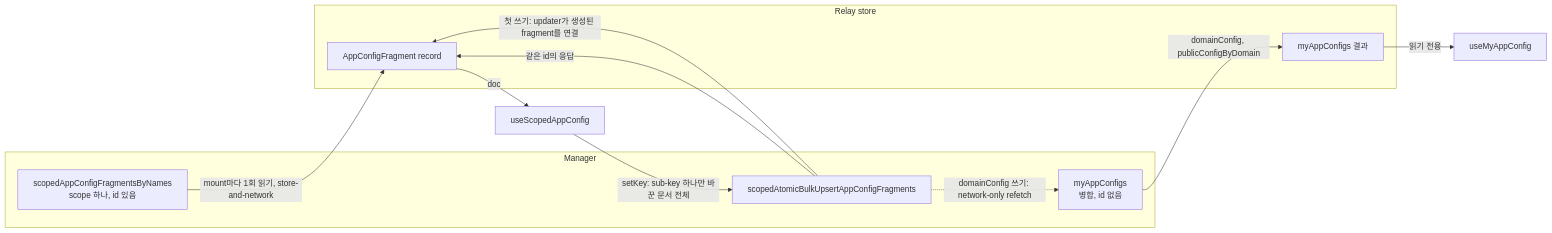
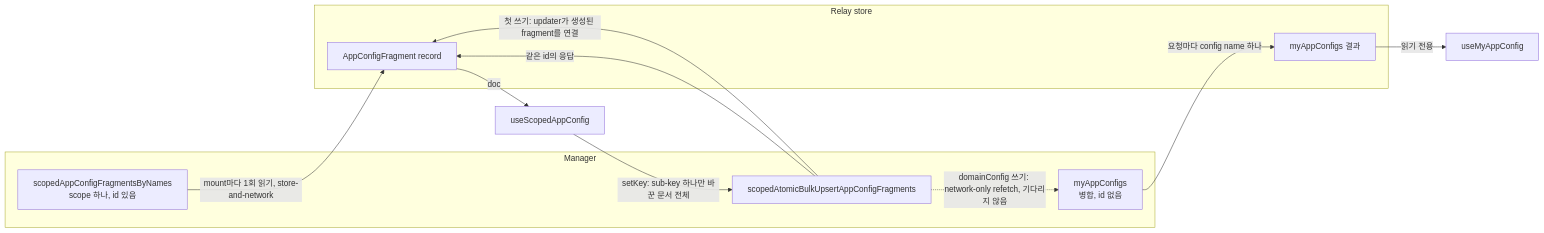
Before and after one commit to lablup/backend.ai-webui: the diagram in docs/adr/0033-scoped-and-merged-app-config-hooks.ko.md, drawn with Mermaid. The commit also changed other lines of this file and 13 other files, not shown here.

````diff
--- a/docs/adr/0033-scoped-and-merged-app-config-hooks.ko.md
+++ b/docs/adr/0033-scoped-and-merged-app-config-hooks.ko.md
@@ -22,20 +22,20 @@
 ```mermaid
 flowchart LR
   subgraph manager["Manager"]
     raw["scopedAppConfigFragmentsByNames<br/>scope 하나, id 있음"]
     merged["myAppConfigs<br/>병합, id 없음"]
     upsert["scopedAtomicBulkUpsertAppConfigFragments"]
   end
   subgraph store["Relay store"]
     rawRec["AppConfigFragment record"]
     mergedRec["myAppConfigs 결과"]
   end
   raw -- "mount마다 1회 읽기, store-and-network" --> rawRec
   rawRec -- "doc" --> scoped["useScopedAppConfig"]
   scoped -- "setKey: sub-key 하나만 바꾼 문서 전체" --> upsert
   upsert -- "같은 id의 응답" --> rawRec
   upsert -- "첫 쓰기: updater가 생성된 fragment를 연결" --> rawRec
-  upsert -. "domainConfig 쓰기: network-only refetch" .-> merged
-  merged -- "domainConfig, publicConfigByDomain" --> mergedRec
+  upsert -. "domainConfig 쓰기: network-only refetch, 기다리지 않음" .-> merged
+  merged -- "요청마다 config name 하나" --> mergedRec
   mergedRec -- "읽기 전용" --> my["useMyAppConfig"]
 ```
````
